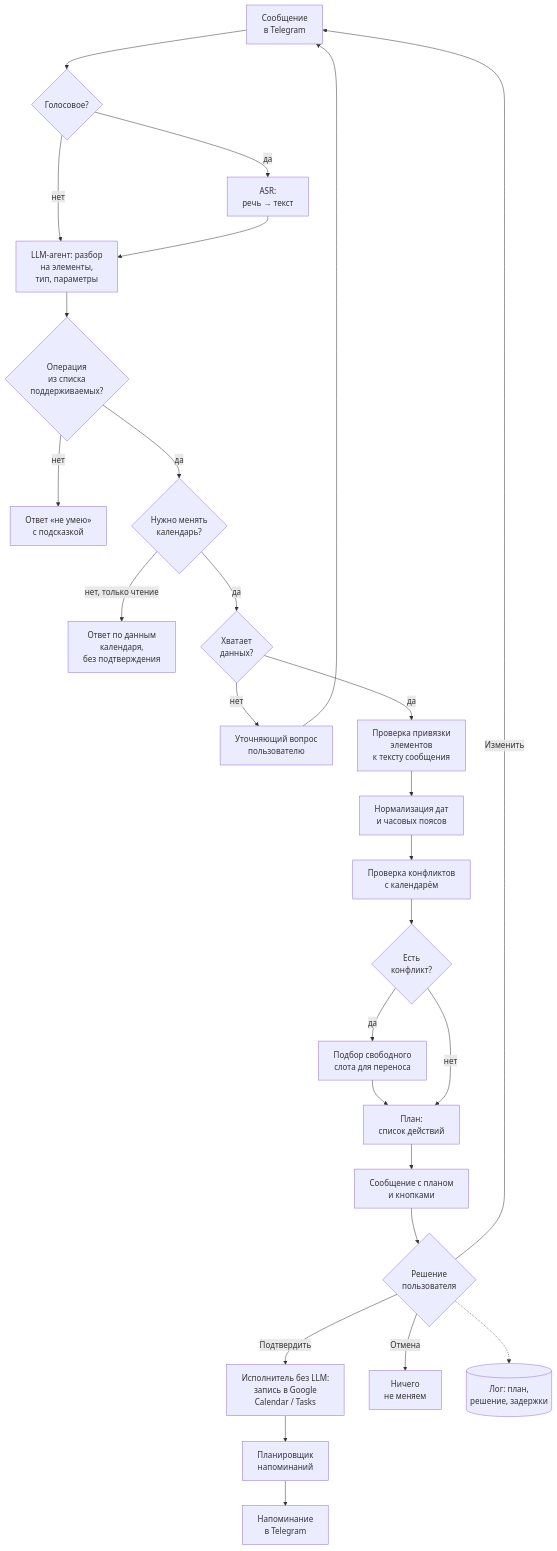
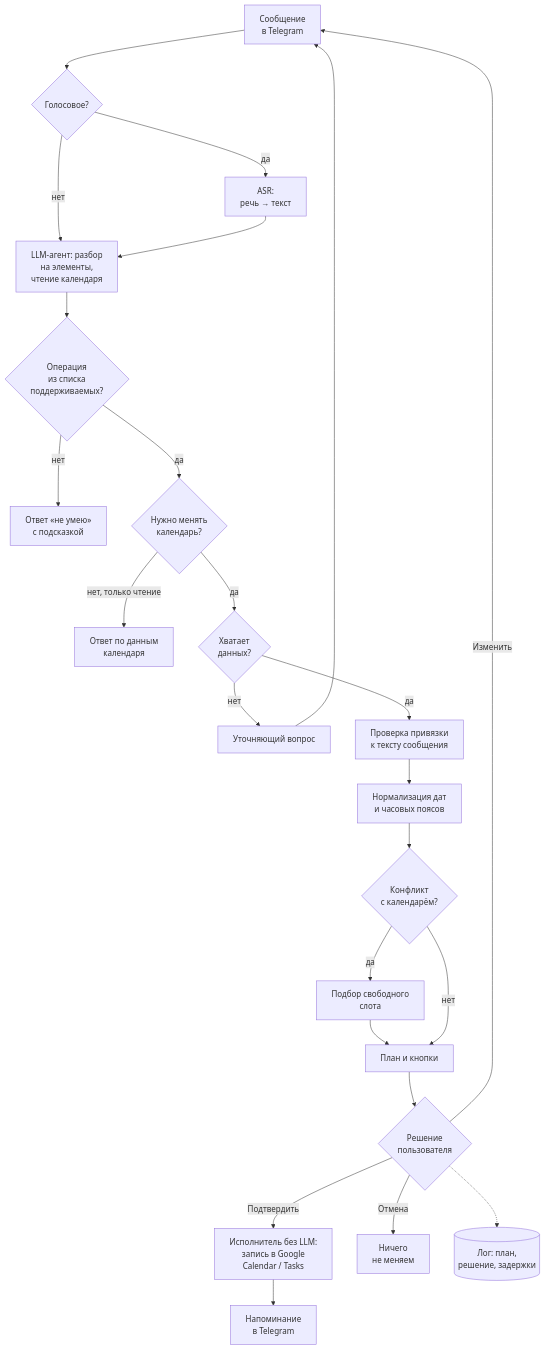
One commit to s2021sss/mlsd-chronos-agent changed the second of 2 diagrams in docs/ml_system_design_doc.md. Above: the diagram before and after it, drawn with Mermaid. The commit also changed other lines of this file, not shown here.

````diff
--- a/docs/ml_system_design_doc.md
+++ b/docs/ml_system_design_doc.md
@@ -496,29 +249,26 @@
 ```mermaid
 flowchart TD
     A["Сообщение<br/>в Telegram"] --> B{"Голосовое?"}
     B -- да --> C["ASR:<br/>речь → текст"]
     B -- нет --> D
-    C --> D["LLM-агент: разбор<br/>на элементы,<br/>тип, параметры"]
+    C --> D["LLM-агент: разбор<br/>на элементы,<br/>чтение календаря"]
     D --> X{"Операция<br/>из списка<br/>поддерживаемых?"}
     X -- нет --> Y["Ответ «не умею»<br/>с подсказкой"]
     X -- да --> W{"Нужно менять<br/>календарь?"}
-    W -- "нет, только чтение" --> Z["Ответ по данным<br/>календаря,<br/>без подтверждения"]
+    W -- "нет, только чтение" --> Z["Ответ по данным<br/>календаря"]
     W -- да --> E{"Хватает<br/>данных?"}
-    E -- нет --> F["Уточняющий вопрос<br/>пользователю"]
+    E -- нет --> F["Уточняющий вопрос"]
     F --> A
-    E -- да --> V["Проверка привязки<br/>элементов<br/>к тексту сообщения"]
+    E -- да --> V["Проверка привязки<br/>к тексту сообщения"]
     V --> G["Нормализация дат<br/>и часовых поясов"]
-    G --> H["Проверка конфликтов<br/>с календарём"]
-    H --> I{"Есть<br/>конфликт?"}
-    I -- да --> J["Подбор свободного<br/>слота для переноса"]
+    G --> H{"Конфликт<br/>с календарём?"}
+    H -- да --> J["Подбор свободного<br/>слота"]
     J --> K
-    I -- нет --> K["План:<br/>список действий"]
-    K --> L["Сообщение с планом<br/>и кнопками"]
-    L --> M{"Решение<br/>пользователя"}
+    H -- нет --> K["План и кнопки"]
+    K --> M{"Решение<br/>пользователя"}
     M -- Подтвердить --> N["Исполнитель без LLM:<br/>запись в Google<br/>Calendar / Tasks"]
     M -- Изменить --> A
     M -- Отмена --> O["Ничего<br/>не меняем"]
-    N --> P["Планировщик<br/>напоминаний"]
-    P --> Q["Напоминание<br/>в Telegram"]
+    N --> Q["Напоминание<br/>в Telegram"]
     M -.-> R[("Лог: план,<br/>решение, задержки")]
 ```
````
